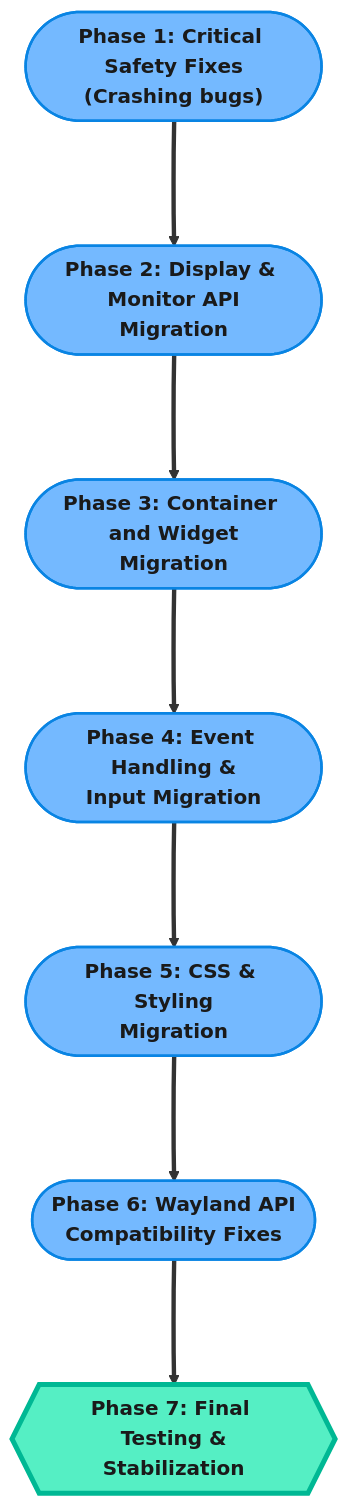
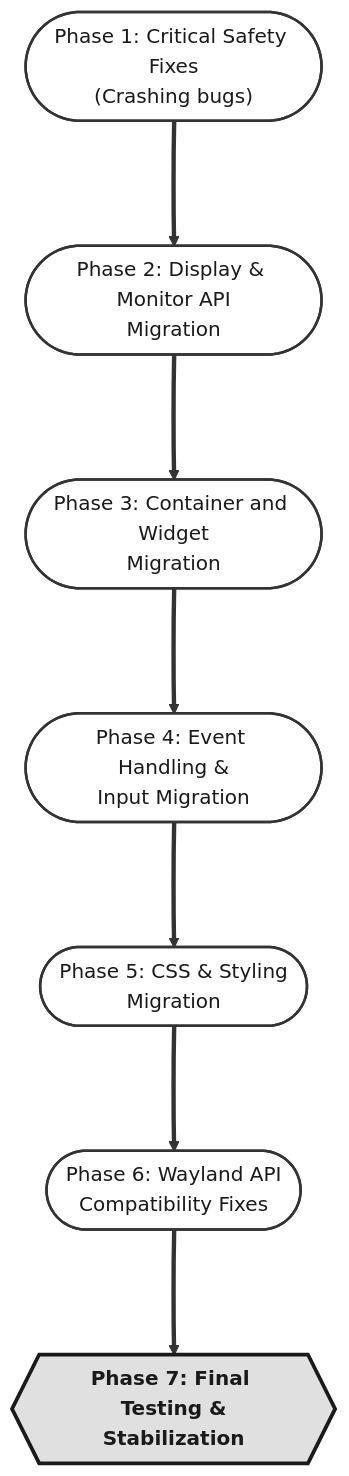
One commit to Dev10-sys/sugar-proposal-gtk changed the sixth of 9 diagrams in proposal.md. Above: the diagram before and after it, drawn with Mermaid. The commit also changed other lines of this file, not shown here.

Commit message:
Revise proposal: clean diagrams, linkable TOC, content fixes

````diff
--- a/proposal.md
+++ b/proposal.md
@@ -400,26 +441,26 @@
 ```mermaid
 flowchart TD
     %% Workflow steps
     Phase1(["Phase 1: Critical Safety Fixes\n(Crashing bugs)"])
     Phase2(["Phase 2: Display & Monitor API\nMigration"])
     Phase3(["Phase 3: Container and Widget\nMigration"])
     Phase4(["Phase 4: Event Handling &\nInput Migration"])
     Phase5(["Phase 5: CSS & Styling\nMigration"])
     Phase6(["Phase 6: Wayland API\nCompatibility Fixes"])
     Phase7{{"Phase 7: Final Testing &\nStabilization"}}
 
     %% Connections
     Phase1 ===> Phase2
     Phase2 ===> Phase3
     Phase3 ===> Phase4
     Phase4 ===> Phase5
     Phase5 ===> Phase6
     Phase6 ===> Phase7
 
     %% Styling
-    classDef phaseNode fill:#74b9ff,stroke:#0984e3,stroke-width:2px,color:#1a1a1a,font-weight:bold;
-    classDef finalNode fill:#55efc4,stroke:#00b894,stroke-width:4px,color:#1a1a1a,font-weight:bold;
+    classDef phaseNode fill:#fff,stroke:#333,stroke-width:2px,color:#1a1a1a;
+    classDef finalNode fill:#e0e0e0,stroke:#1a1a1a,stroke-width:3px,color:#1a1a1a,font-weight:bold;
 
     class Phase1,Phase2,Phase3,Phase4,Phase5,Phase6 phaseNode;
     class Phase7 finalNode;
 ```
````
